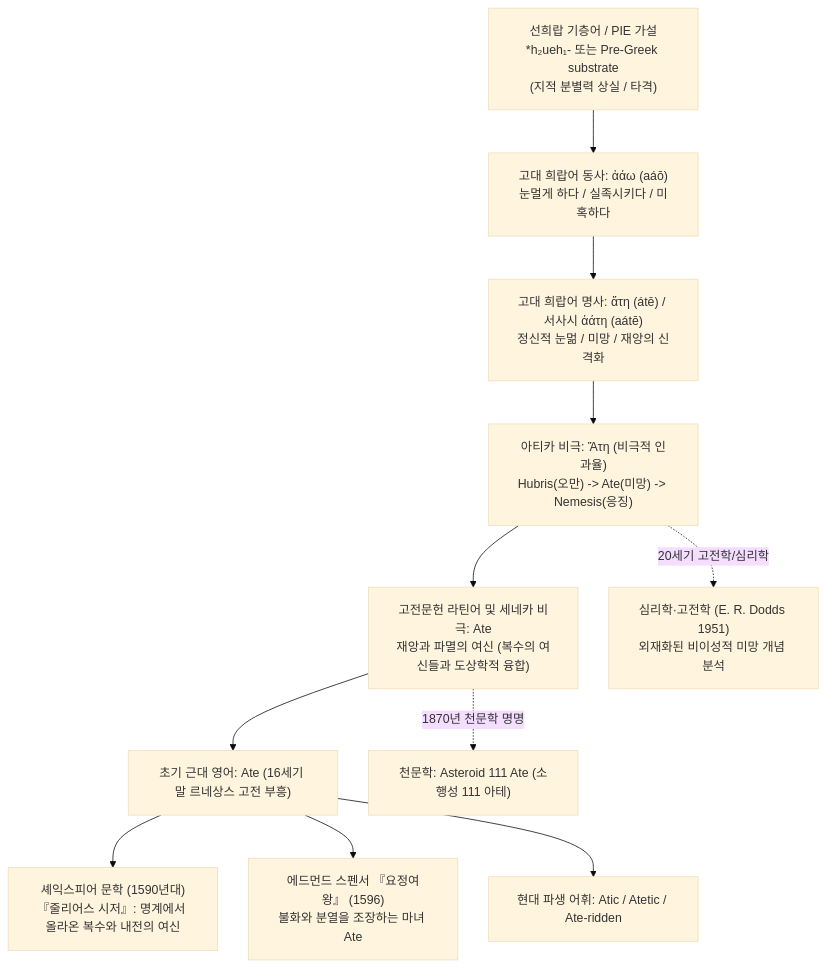
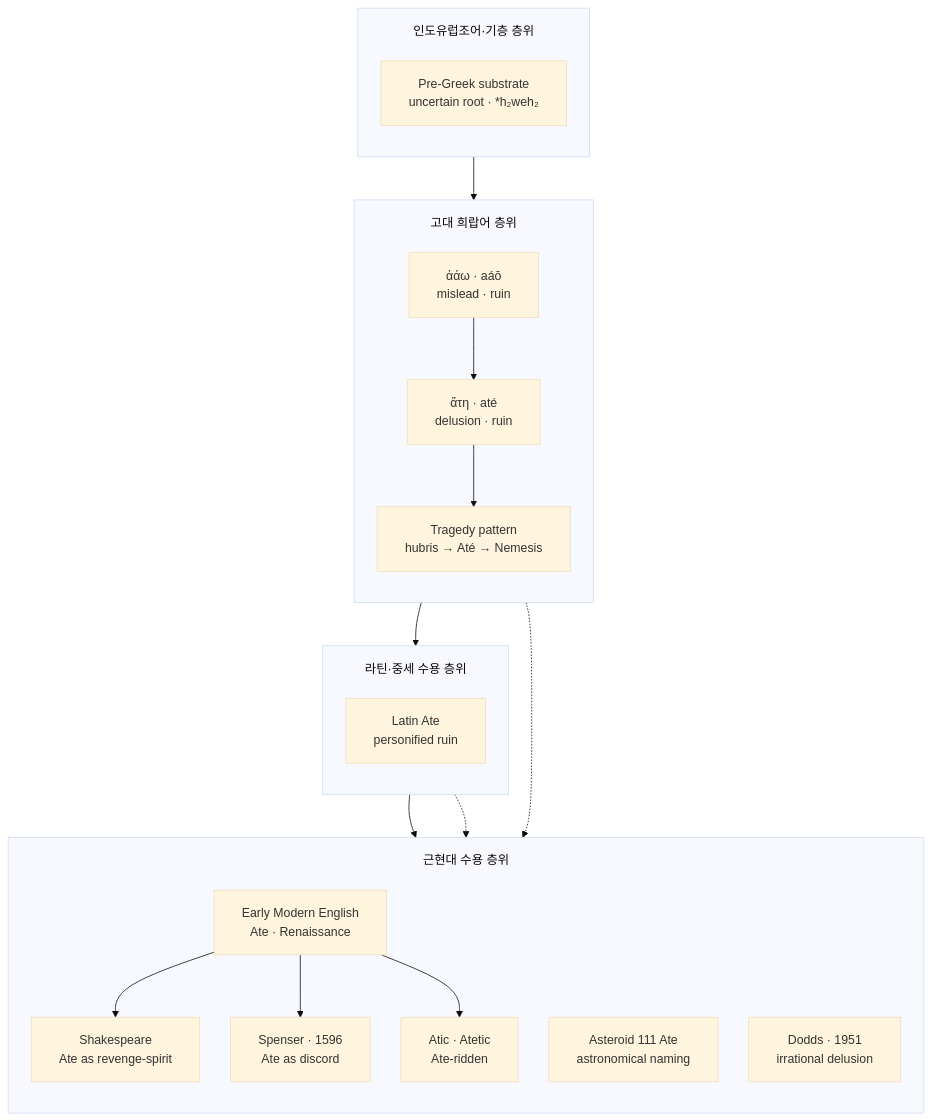
One commit to YgHnSIM/Homer_wiki changed the diagram in words/word-ate.md. Above: the diagram before and after it, drawn with Mermaid (base theme).

Commit message:
refactor(word-ate): Type C etymology Mermaid

````diff
--- a/words/word-ate.md
+++ b/words/word-ate.md
@@ -32,23 +32,35 @@
 ```mermaid
 %%{init: {'flowchart': {'useMaxWidth': true, 'nodeSpacing': 40, 'rankSpacing': 56, 'padding': 18, 'subGraphTitleMargin': {'top': 18, 'bottom': 10}}}}%%
 flowchart TD
-    %% 기원 및 고대 희랍어
-    SUB["선희랍 기층어 / PIE 가설<br/>*h₂ueh₁- 또는 Pre-Greek substrate<br/>(지적 분별력 상실 / 타격)"] --> GRK_V["고대 희랍어 동사: ἀάω (aáō)<br/>눈멀게 하다 / 실족시키다 / 미혹하다"]
-    GRK_V --> GRK_N["고대 희랍어 명사: ἄτη (átē) / 서사시 ἀάτη (aátē)<br/>정신적 눈멂 / 미망 / 재앙의 신격화"]
-
-    %% 고전기 및 헬레니즘 비극 분기
-    GRK_N --> GRK_TRAG["아티카 비극: Ἄτη (비극적 인과율)<br/>Hubris(오만) -> Ate(미망) -> Nemesis(응징)"]
-    GRK_TRAG --> LAT["고전문헌 라틴어 및 세네카 비극: Ate<br/>재앙과 파멸의 여신 (복수의 여신들과 도상학적 융합)"]
-
-    %% 근대 영어 수용
-    LAT --> EME["초기 근대 영어: Ate (16세기 말 르네상스 고전 부흥)"]
-    
-    %% 문학 및 근현대 분기
-    EME --> SHAK["셰익스피어 문학 (1590년대)<br/>『줄리어스 시저』: 명계에서 올라온 복수와 내전의 여신"]
-    EME --> LIT_SPEN["에드먼드 스펜서 『요정여왕』 (1596)<br/>불화와 분열을 조장하는 마녀 Ate"]
-    
-    %% 현대 학술 및 천문학 차용
-    LAT -.->|1870년 천문학 명명| AST["천문학: Asteroid 111 Ate (소행성 111 아테)"]
-    GRK_TRAG -.->|20세기 고전학/심리학| PSYCH["심리학·고전학 (E. R. Dodds 1951)<br/>외재화된 비이성적 미망 개념 분석"]
-    EME --> DERIV["현대 파생 어휘: Atic / Atetic / Ate-ridden"]
+    subgraph PIE_Stage ["인도유럽조어·기층 층위"]
+        direction TB
+        SUB["Pre-Greek substrate<br/>uncertain root · *h₂weh₂"]:::substrate
+    end
+    subgraph Greek_Stage ["고대 희랍어 층위"]
+        direction TB
+        GRK_V["ἀάω · aáō<br/>mislead · ruin"]:::greek
+        GRK_N["ἄτη · até<br/>delusion · ruin"]:::focus
+        GRK_TRAG["Tragedy pattern<br/>hubris → Até → Nemesis"]:::crisis
+        GRK_V --> GRK_N --> GRK_TRAG
+    end
+    subgraph Latin_Stage ["라틴·중세 수용 층위"]
+        direction TB
+        LAT["Latin Ate<br/>personified ruin"]:::latin
+    end
+    subgraph Modern_Stage ["근현대 수용 층위"]
+        direction TB
+        EME["Early Modern English<br/>Ate · Renaissance"]:::english
+        SHAK["Shakespeare<br/>Ate as revenge-spirit"]:::english
+        SPEN["Spenser · 1596<br/>Ate as discord"]:::english
+        AST["Asteroid 111 Ate<br/>astronomical naming"]:::note
+        PSYCH["Dodds · 1951<br/>irrational delusion"]:::note
+        DERIV["Atic · Atetic<br/>Ate-ridden"]:::english
+        EME --> SHAK
+        EME --> SPEN
+        EME --> DERIV
+    end
+    SUB --> GRK_V
+    GRK_TRAG --> LAT --> EME
+    LAT -.-> AST
+    GRK_TRAG -.-> PSYCH
 ```
````
